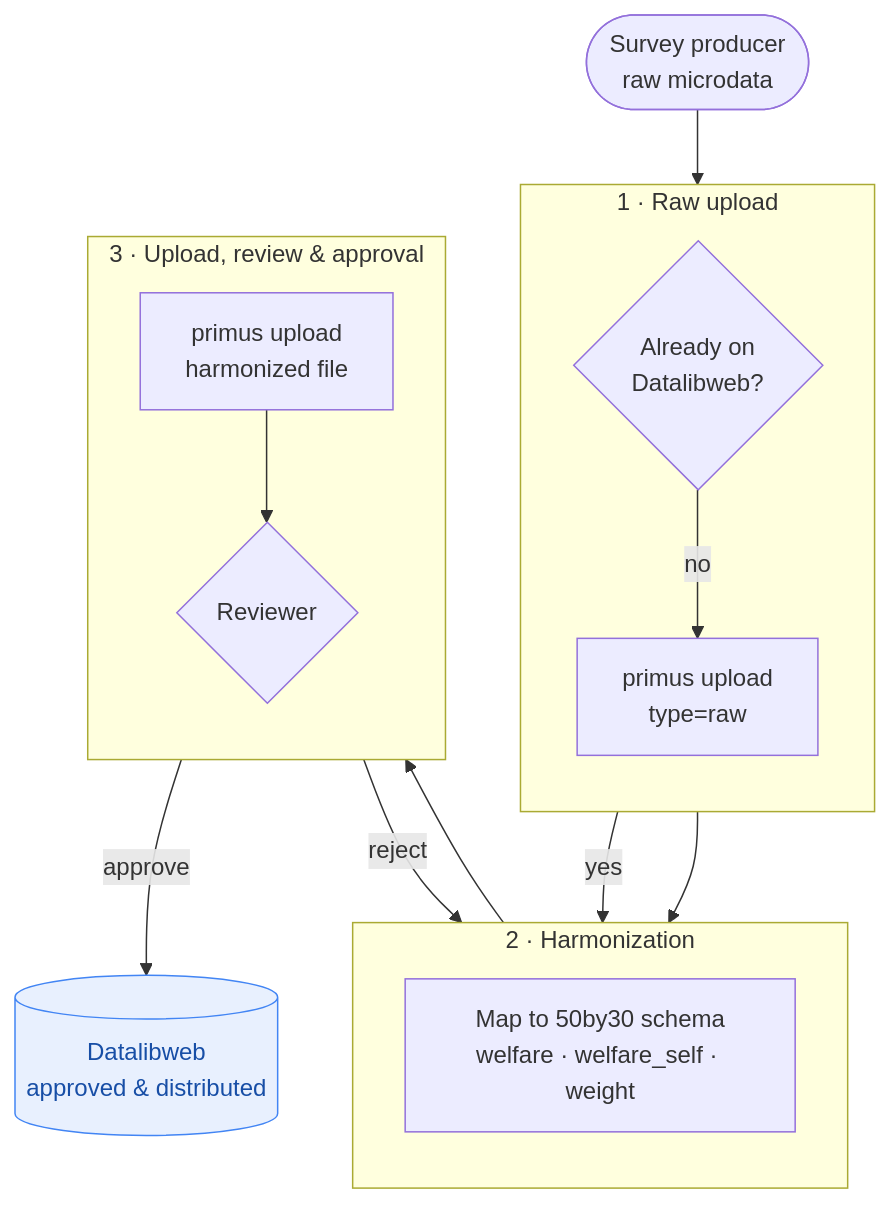
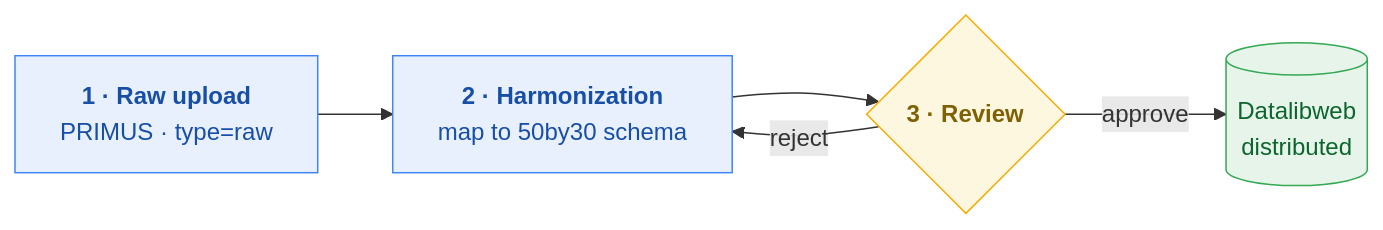
The diagram in index.qmd (GPID-WB/50by35-data), drawn with Mermaid before and after one commit. The commit also changed 3 other files, not shown here.

First line of the commit message:
Simplify pipeline diagram, drop intro chapter, expand schema dictionary

````diff
--- a/index.qmd
+++ b/index.qmd
@@ -13,37 +13,20 @@
 ```{mermaid}
 %%| label: fig-pipeline
 %%| fig-cap: "The 50by30 microdata pipeline, from raw survey to distribution."
-flowchart TB
-    src([Survey producer<br/>raw microdata])
+flowchart LR
+    raw["<b>1 · Raw upload</b><br/>PRIMUS · type=raw"]
+    harm["<b>2 · Harmonization</b><br/>map to 50by30 schema"]
+    rev{"<b>3 · Review</b>"}
+    dist[("Datalibweb<br/>distributed")]
 
-    subgraph s1 ["1 · Raw upload"]
-        direction TB
-        chk{Already on<br/>Datalibweb?}
-        up1[primus upload<br/>type=raw]
-        chk -->|no| up1
-    end
-
-    subgraph s2 ["2 · Harmonization"]
-        direction TB
-        harm[Map to 50by30 schema<br/>welfare · welfare_self · weight]
-    end
-
-    subgraph s3 ["3 · Upload, review &amp; approval"]
-        direction TB
-        up2[primus upload<br/>harmonized file]
-        rev{Reviewer}
-        up2 --> rev
-    end
-
-    dist[(Datalibweb<br/>approved &amp; distributed)]
-
-    src --> chk
-    chk -->|yes| harm
-    up1 --> harm
-    harm --> up2
+    raw --> harm --> rev
     rev -->|approve| dist
     rev -->|reject| harm
 
-    classDef store fill:#e8f0fe,stroke:#4285f4,color:#174ea6;
+    classDef step fill:#e8f0fe,stroke:#4285f4,color:#174ea6;
+    classDef gate fill:#fef7e0,stroke:#f9ab00,color:#7f6003;
+    classDef store fill:#e6f4ea,stroke:#34a853,color:#0d652d;
+    class raw,harm step;
+    class rev gate;
     class dist store;
 ```
````
